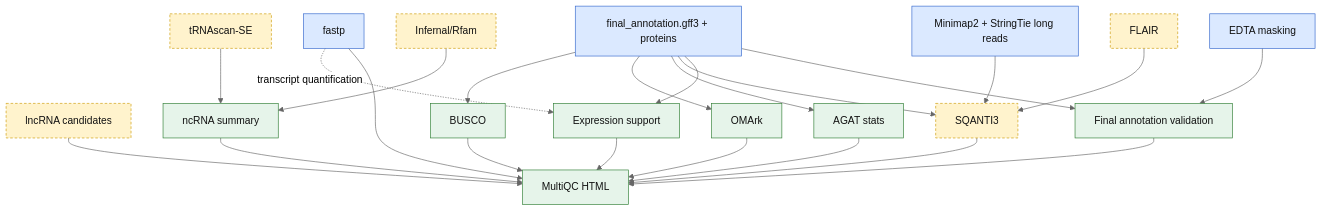
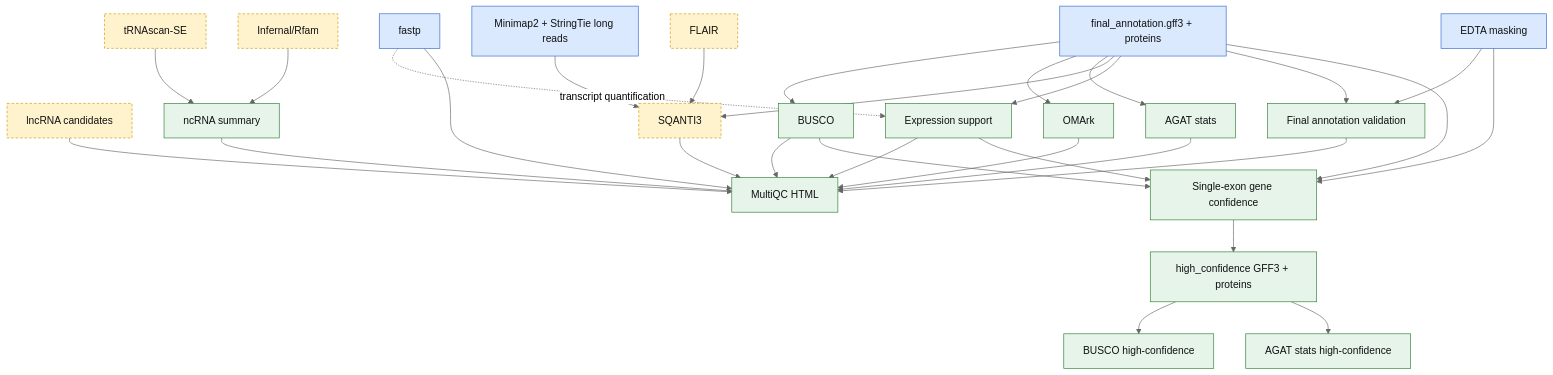
Before and after one commit to Grapedia/workflows: the fourth of 4 diagrams in TITAN/README.md, drawn with Mermaid (neutral theme). The commit also changed other lines of this file and 8 other files, not shown here.

````diff
--- a/TITAN/README.md
+++ b/TITAN/README.md
@@ -277,32 +285,39 @@
 ```mermaid
 flowchart TD
     classDef core fill:#dbe9ff,stroke:#3366cc,color:#111
     classDef opt fill:#fff3cd,stroke:#cc9900,color:#111,stroke-dasharray:4 3
     classDef qc fill:#e6f4ea,stroke:#2e7d32,color:#111
 
     FASTP[fastp]:::core
     EDTA[EDTA masking]:::core
     FINAL[final_annotation.gff3 + proteins]:::core
     MM2[Minimap2 + StringTie long reads]:::core
 
     TRNA[tRNAscan-SE]:::opt
     RFAM[Infernal/Rfam]:::opt
     FLAIR[FLAIR]:::opt
     LNC[lncRNA candidates]:::opt
     SQANTI[SQANTI3]:::opt
 
     BUSCO[BUSCO]:::qc
     OMARK[OMArk]:::qc
     AGAT[AGAT stats]:::qc
     NCRNA[ncRNA summary]:::qc
     EXPR[Expression support]:::qc
     VALID[Final annotation validation]:::qc
     MULTIQC[MultiQC HTML]:::qc
+    MONOEX[Single-exon gene confidence]:::qc
+    MONOEXGFF[high_confidence GFF3 + proteins]:::qc
+    BUSCOHC[BUSCO high-confidence]:::qc
+    AGATHC[AGAT stats high-confidence]:::qc
 
     FINAL --> BUSCO & OMARK & AGAT & SQANTI & EXPR
     FASTP -.transcript quantification.-> EXPR
     EDTA & FINAL --> VALID
     TRNA & RFAM --> NCRNA
     MM2 & FLAIR --> SQANTI
     FASTP & BUSCO & OMARK & AGAT & NCRNA & LNC & SQANTI & EXPR & VALID --> MULTIQC
+
+    FINAL & EXPR & EDTA & BUSCO --> MONOEX
+    MONOEX --> MONOEXGFF --> BUSCOHC & AGATHC
 ```
````
